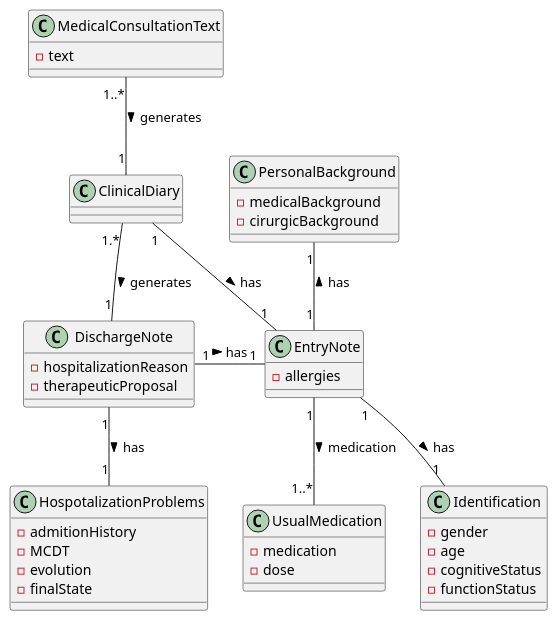
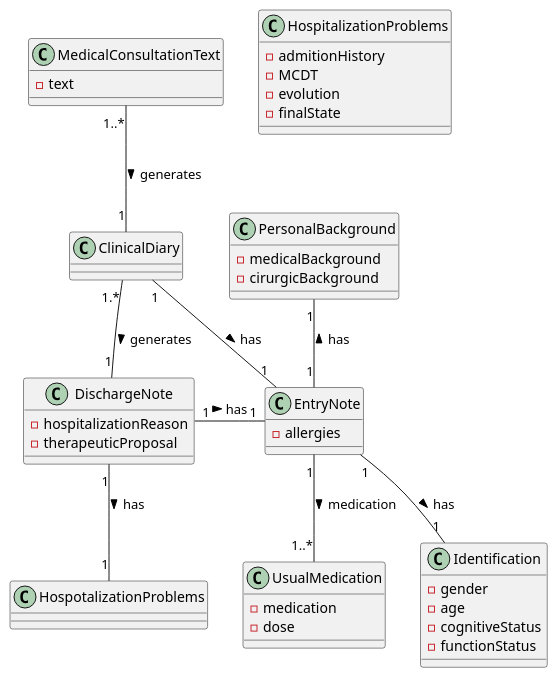
Before and after one commit to rafaelbranco16/SimplifAI: the diagram in docs/backend_dm.puml, drawn with PlantUML. The commit also changed 7 other files, not shown here.

```diff
--- a/docs/backend_dm.puml
+++ b/docs/backend_dm.puml
@@ -1,60 +1,60 @@
 @startuml backend_DM
 
 class ClinicalDiary {
 }
 'DischargeNote
 class DischargeNote {
     - hospitalizationReason
     - therapeuticProposal
 }
 
-class HospotalizationProblems {
+class HospitalizationProblems {
     - admitionHistory
     - MCDT
     - evolution
     - finalState
 }
 
 
 'Entry Note
 class EntryNote {
     - allergies
 }
 
 class Identification {
     - gender
     - age
     - cognitiveStatus
     - functionStatus
 }
 
 class PersonalBackground {
     - medicalBackground
     - cirurgicBackground
 }
 
 class UsualMedication {
     - medication
     - dose
 }
 
 
 class MedicalConsultationText {
     - text
 }
 
 
 MedicalConsultationText "1..*" -- "1" ClinicalDiary : generates >
 ClinicalDiary "1.*" -- "1" DischargeNote : generates >
 
 'Discharge Note
 DischargeNote "1" - "1" EntryNote : has >
 EntryNote "1" -- "1" Identification : has >
 PersonalBackground "1" -- "1" EntryNote : has <
 EntryNote "1" -- "1..*" UsualMedication : medication >
 DischargeNote "1" -- "1" HospotalizationProblems : has > 
 
 'ClinicalDiary
 ClinicalDiary "1" -- "1" EntryNote : has > 
 
 @enduml
```
